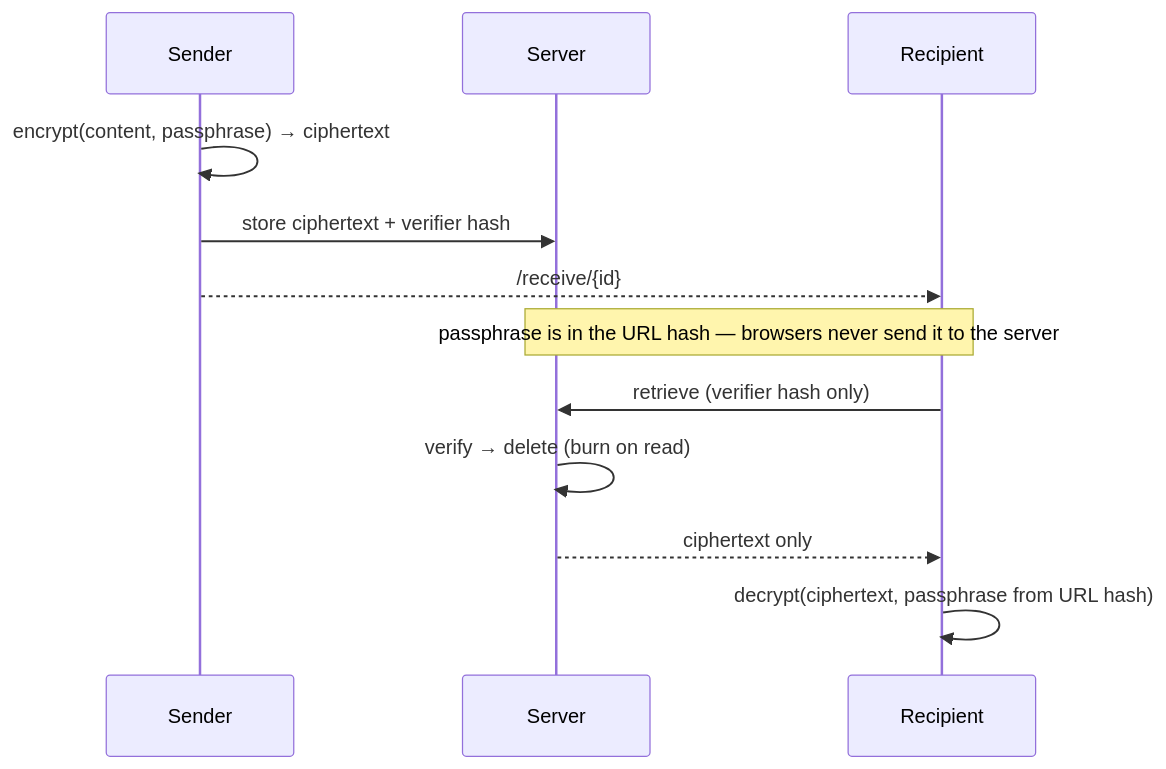
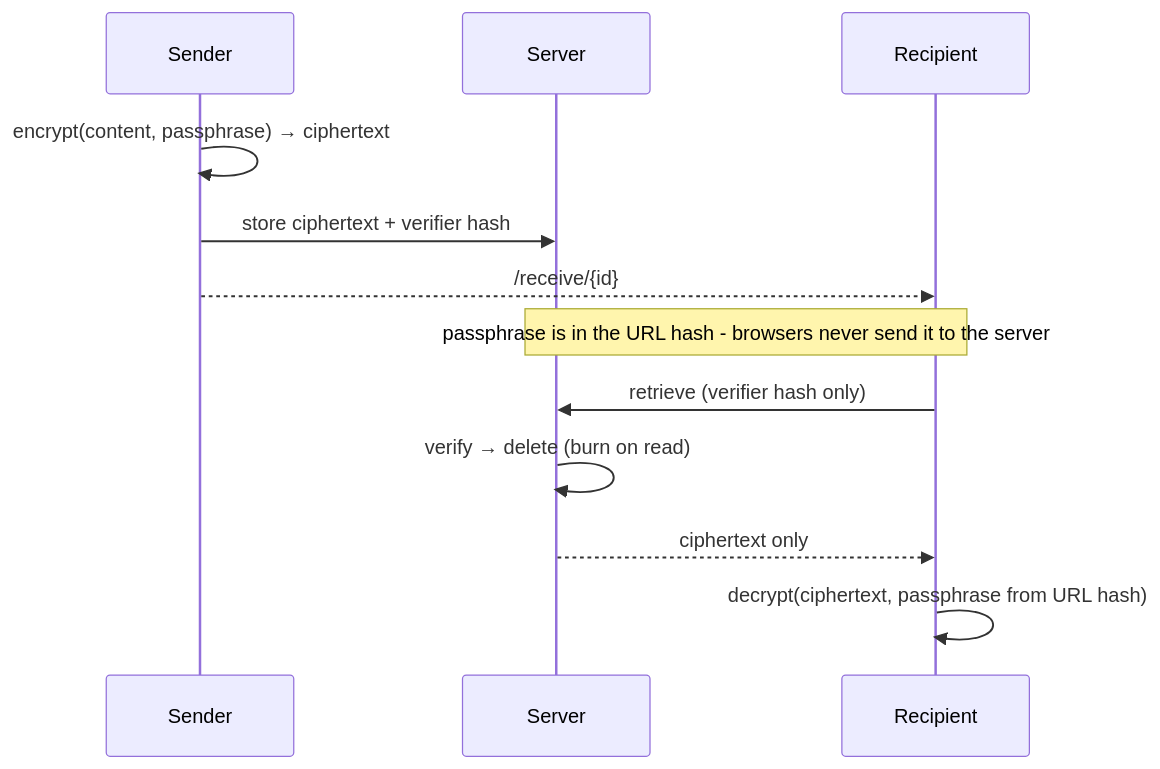
The first of 4 diagrams in README.md (maciekaz/Edge-Secrets), drawn with Mermaid before and after one commit. The commit also changed other lines of this file and 2 other files, not shown here.

````diff
--- a/README.md
+++ b/README.md
@@ -74,18 +74,18 @@
 ```mermaid
 sequenceDiagram
     participant S as Sender
     participant Server
     participant R as Recipient
 
     S->>S: encrypt(content, passphrase) → ciphertext
     S->>Server: store ciphertext + verifier hash
     S-->>R: /receive/{id}#passphrase
 
-    Note over Server,R: passphrase is in the URL hash — browsers never send it to the server
+    Note over Server,R: passphrase is in the URL hash - browsers never send it to the server
 
     R->>Server: retrieve (verifier hash only)
     Server->>Server: verify → delete (burn on read)
     Server-->>R: ciphertext only
 
     R->>R: decrypt(ciphertext, passphrase from URL hash)
 ```
````
